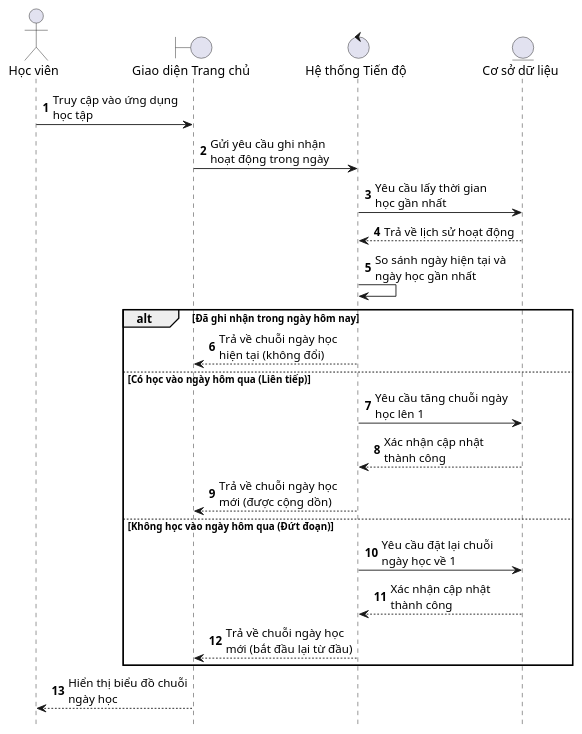
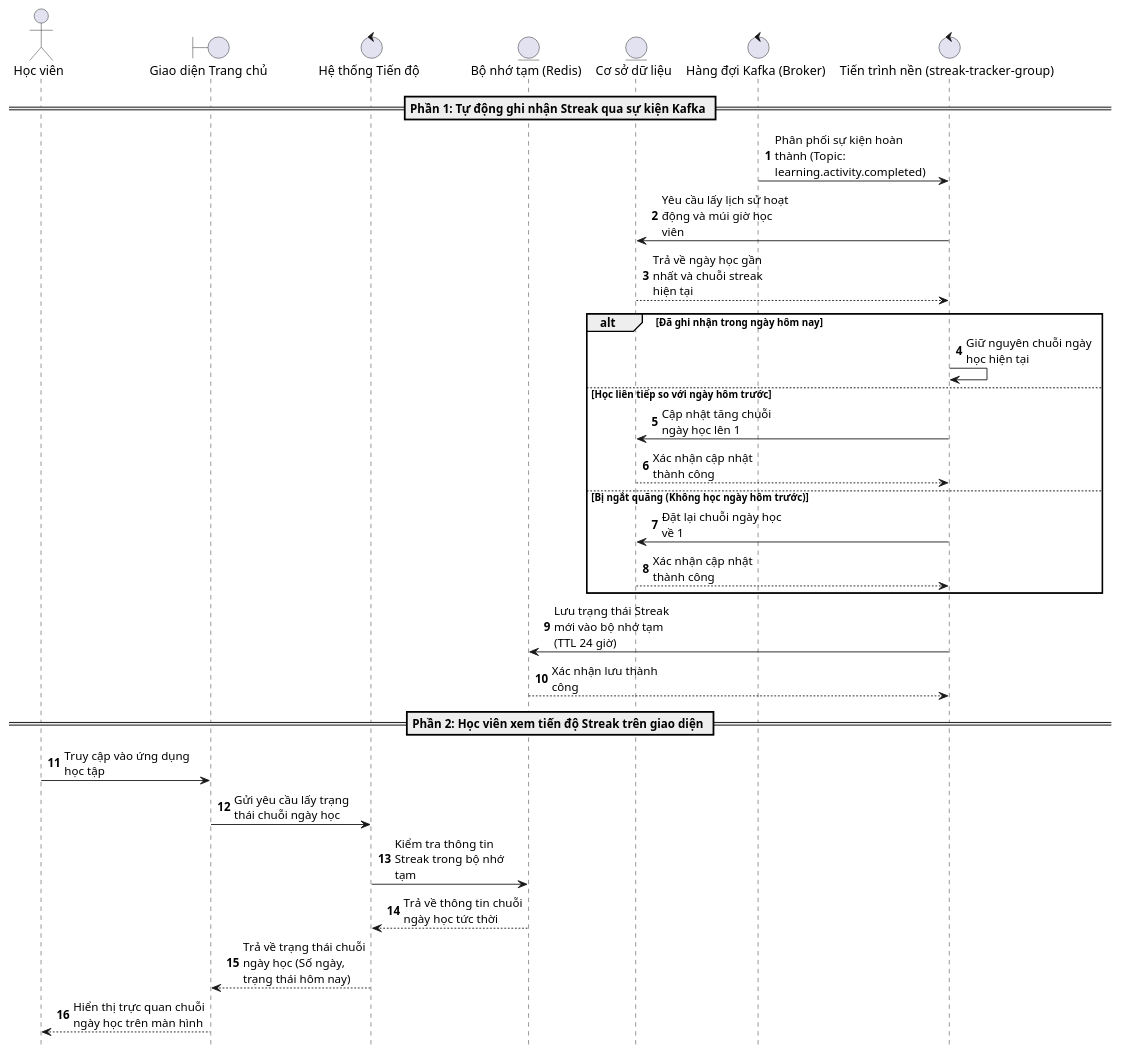
The fourth of 7 diagrams in Sequence_Diagrams_VN.md (vylote/Multi-platform-English-learning-system), drawn with PlantUML before and after one commit. The commit also changed other lines of this file and 18 other files, not shown here.

Commit message:
đổi thuật toán tính điểm, sửa giao diện

````diff
--- a/Sequence_Diagrams_VN.md
+++ b/Sequence_Diagrams_VN.md
@@ -133,34 +143,43 @@
 ```plantuml
 @startuml
 hide footbox
 skinparam maxMessageSize 150
 skinparam ParticipantPadding 20
 
 actor "Học viên" as User
 boundary "Giao diện Trang chủ" as UI
 control "Hệ thống Tiến độ" as System
+entity "Bộ nhớ tạm (Redis)" as Cache
 entity "Cơ sở dữ liệu" as DB
+control "Hàng đợi Kafka (Broker)" as Kafka
+control "Tiến trình nền (streak-tracker-group)" as Worker
 
 autonumber
 
-User -> UI : Truy cập vào ứng dụng học tập
-UI -> System : Gửi yêu cầu ghi nhận hoạt động trong ngày
-System -> DB : Yêu cầu lấy thời gian học gần nhất
-DB --> System : Trả về lịch sử hoạt động
-System -> System : So sánh ngày hiện tại và ngày học gần nhất
+== Phần 1: Tự động ghi nhận Streak qua sự kiện Kafka ==
+Kafka -> Worker : Phân phối sự kiện hoàn thành (Topic: learning.activity.completed)
+Worker -> DB : Yêu cầu lấy lịch sử hoạt động và múi giờ học viên
+DB --> Worker : Trả về ngày học gần nhất và chuỗi streak hiện tại
 
 alt Đã ghi nhận trong ngày hôm nay
-    System --> UI : Trả về chuỗi ngày học hiện tại (không đổi)
-else Có học vào ngày hôm qua (Liên tiếp)
-    System -> DB : Yêu cầu tăng chuỗi ngày học lên 1
-    DB --> System : Xác nhận cập nhật thành công
-    System --> UI : Trả về chuỗi ngày học mới (được cộng dồn)
-else Không học vào ngày hôm qua (Đứt đoạn)
-    System -> DB : Yêu cầu đặt lại chuỗi ngày học về 1
-    DB --> System : Xác nhận cập nhật thành công
-    System --> UI : Trả về chuỗi ngày học mới (bắt đầu lại từ đầu)
+    Worker -> Worker : Giữ nguyên chuỗi ngày học hiện tại
+else Học liên tiếp so với ngày hôm trước
+    Worker -> DB : Cập nhật tăng chuỗi ngày học lên 1
+    DB --> Worker : Xác nhận cập nhật thành công
+else Bị ngắt quãng (Không học ngày hôm trước)
+    Worker -> DB : Đặt lại chuỗi ngày học về 1
+    DB --> Worker : Xác nhận cập nhật thành công
 end
 
-UI --> User : Hiển thị biểu đồ chuỗi ngày học
+Worker -> Cache : Lưu trạng thái Streak mới vào bộ nhớ tạm (TTL 24 giờ)
+Cache --> Worker : Xác nhận lưu thành công
+
+== Phần 2: Học viên xem tiến độ Streak trên giao diện ==
+User -> UI : Truy cập vào ứng dụng học tập
+UI -> System : Gửi yêu cầu lấy trạng thái chuỗi ngày học
+System -> Cache : Kiểm tra thông tin Streak trong bộ nhớ tạm
+Cache --> System : Trả về thông tin chuỗi ngày học tức thời
+System --> UI : Trả về trạng thái chuỗi ngày học (Số ngày, trạng thái hôm nay)
+UI --> User : Hiển thị trực quan chuỗi ngày học trên màn hình
 @enduml
 ```
````
